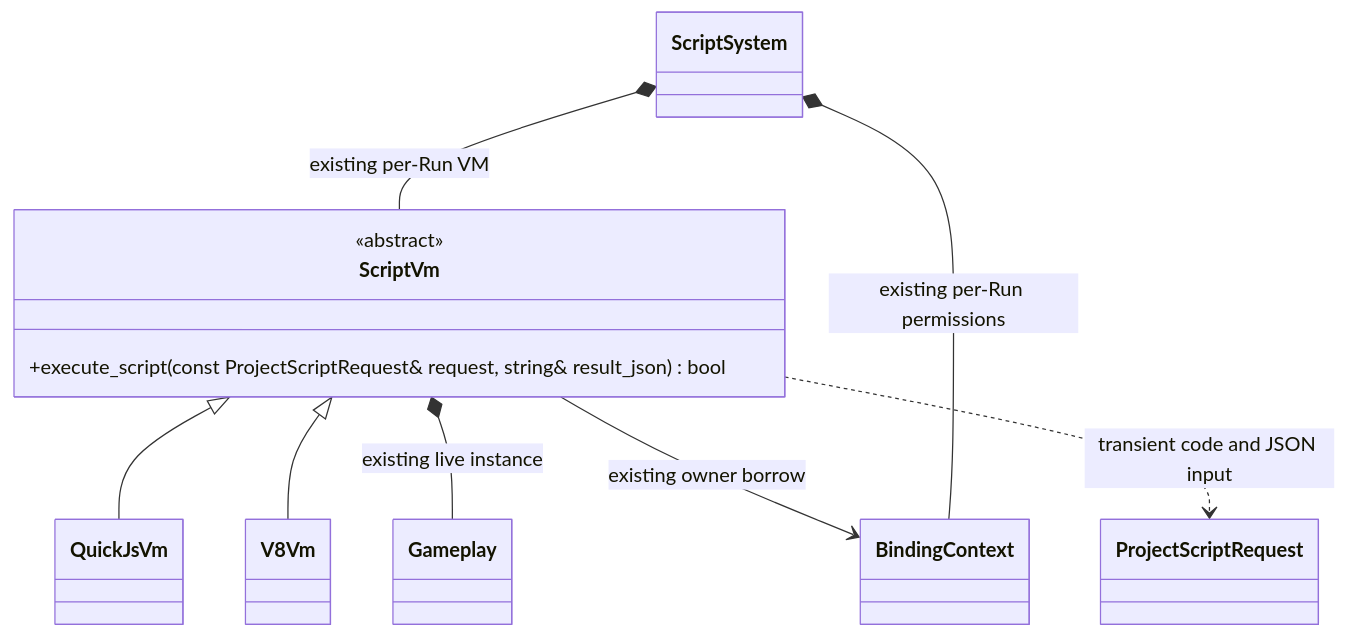
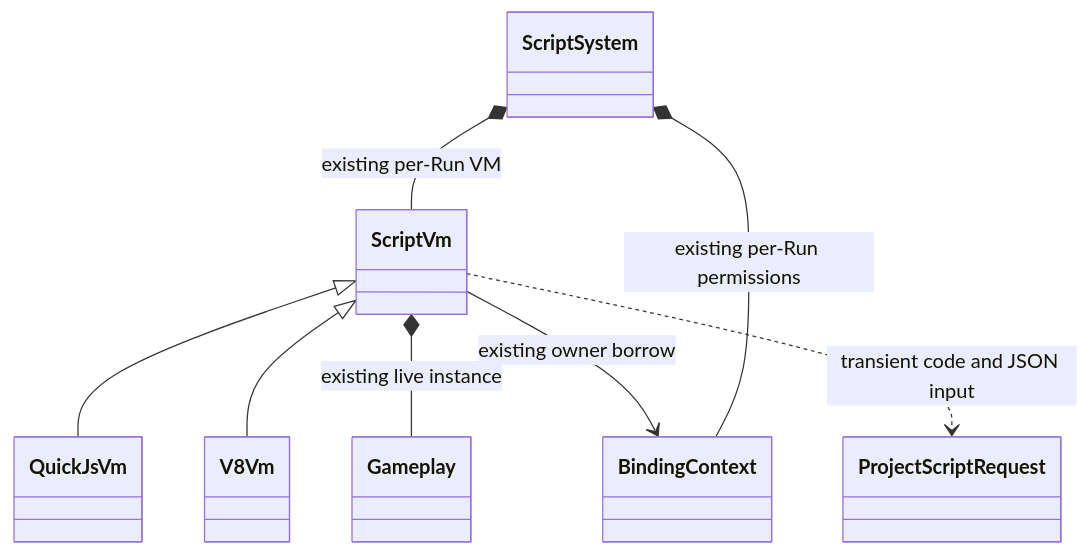
The second of 3 diagrams in docs/plugins/runtime/class-diagrams/project-script-execution.md (lcals/Engine), drawn with Mermaid before and after one commit. The commit also changed other lines of this file and 222 other files, not shown here.

Commit message:
Consolidate editor asset imports and align architecture documentation

````diff
--- a/docs/plugins/runtime/class-diagrams/project-script-execution.md
+++ b/docs/plugins/runtime/class-diagrams/project-script-execution.md
@@ -101,20 +96,17 @@
 ```mermaid
 classDiagram
-class ScriptVm {
-    <<abstract>>
-    +execute_script(const ProjectScriptRequest& request, string& result_json) bool
-}
+class ScriptVm
 class QuickJsVm
 class V8Vm
 class ScriptSystem
 class BindingContext
 class ProjectScriptRequest
 class Gameplay
 ScriptVm <|-- QuickJsVm
 ScriptVm <|-- V8Vm
 ScriptSystem *-- ScriptVm : existing per-Run VM
 ScriptSystem *-- BindingContext : existing per-Run permissions
 ScriptVm --> BindingContext : existing owner borrow
 ScriptVm *-- Gameplay : existing live instance
 ScriptVm ..> ProjectScriptRequest : transient code and JSON input
 ```
````
